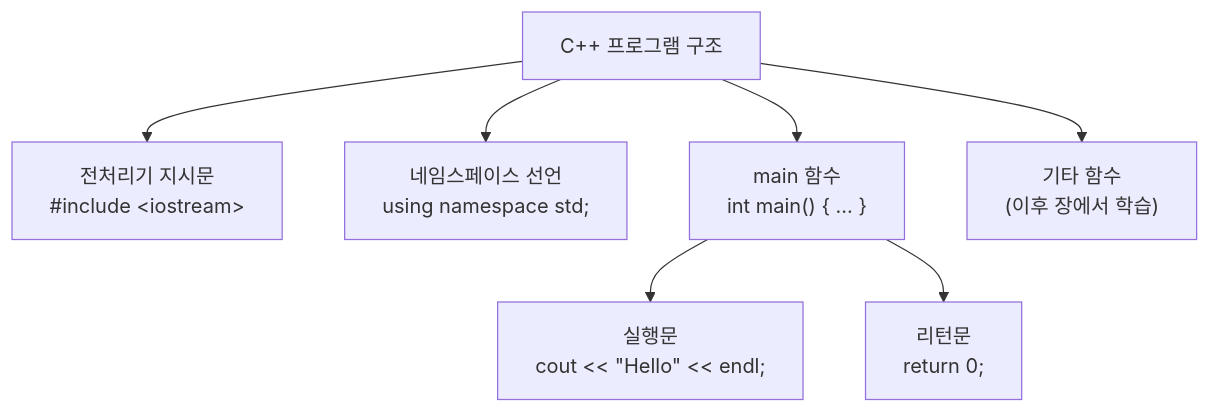
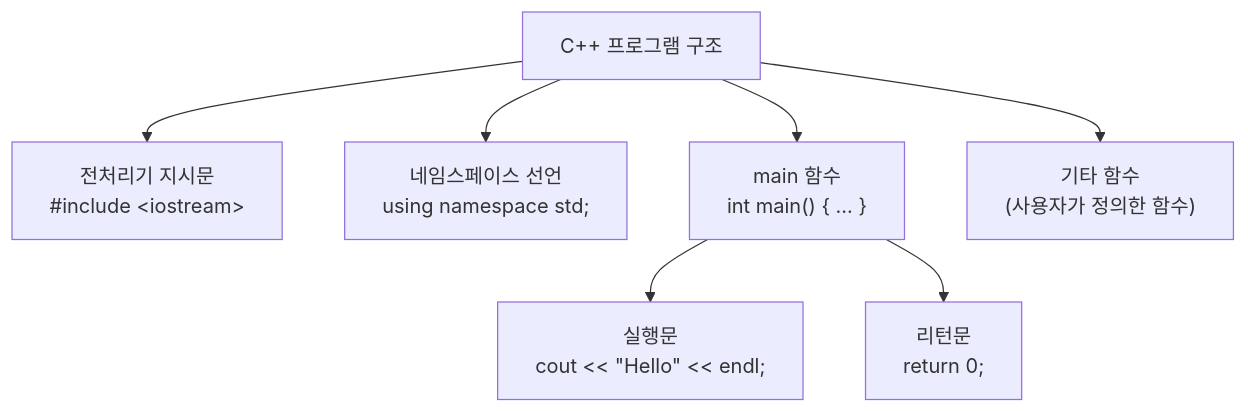
Before and after one commit to Choroning/24Fall_CPP-Practice: the first of 2 diagrams in Lecture-Notes/Ch02_CPP-Programming-Basics/Concepts_Lecture.ko.md, drawn with Mermaid. The commit also changed other lines of this file and 35 other files, not shown here.

````diff
--- a/Lecture-Notes/Ch02_CPP-Programming-Basics/Concepts_Lecture.ko.md
+++ b/Lecture-Notes/Ch02_CPP-Programming-Basics/Concepts_Lecture.ko.md
@@ -72,9 +72,9 @@
 ```mermaid
 graph TD
     P["C++ 프로그램 구조"] --> D["전처리기 지시문<br>#include #lt;iostream#gt;"]
     P --> N["네임스페이스 선언<br>using namespace std;"]
     P --> M["main 함수<br>int main() { ... }"]
     M --> S["실행문<br>cout #lt;#lt; #quot;Hello#quot; #lt;#lt; endl;"]
     M --> R["리턴문<br>return 0;"]
-    P --> O["기타 함수<br>(이후 장에서 학습)"]
+    P --> O["기타 함수<br>(사용자가 정의한 함수)"]
 ```
````
